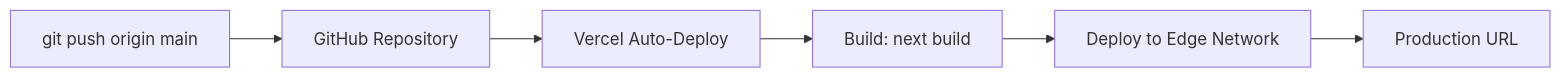
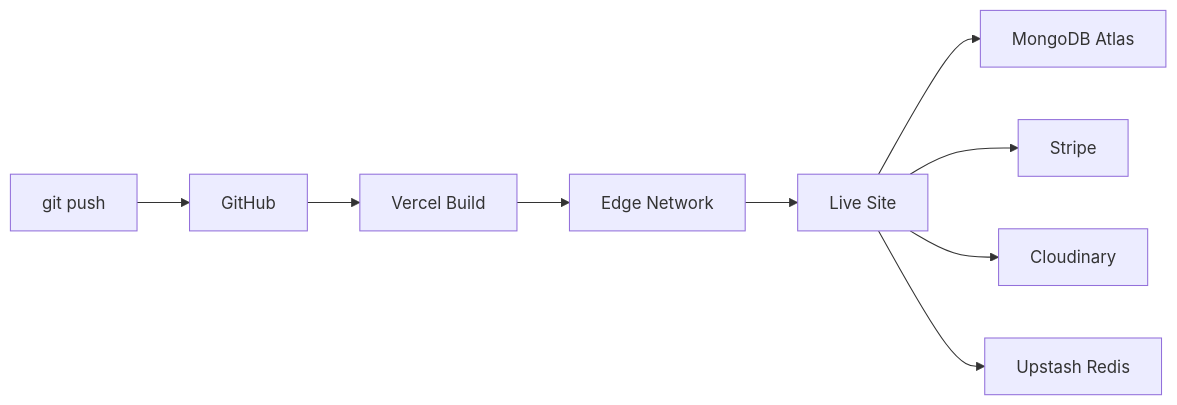
The second of 2 diagrams in README.md (AKASH-KALSARIYA/Gravity-Shop), drawn with Mermaid before and after one commit. The commit also changed other lines of this file, not shown here.

````diff
--- a/README.md
+++ b/README.md
@@ -402,8 +408,11 @@
 ```mermaid
 graph LR
-    A["git push origin main"] --> B["GitHub Repository"]
-    B --> C["Vercel Auto-Deploy"]
-    C --> D["Build: next build"]
-    D --> E["Deploy to Edge Network"]
-    E --> F["Production URL"]
+    A["git push"] --> B["GitHub"]
+    B --> C["Vercel Build"]
+    C --> D["Edge Network"]
+    D --> E["Live Site"]
+    E --> F["MongoDB Atlas"]
+    E --> G["Stripe"]
+    E --> H["Cloudinary"]
+    E --> I["Upstash Redis"]
 ```
````
